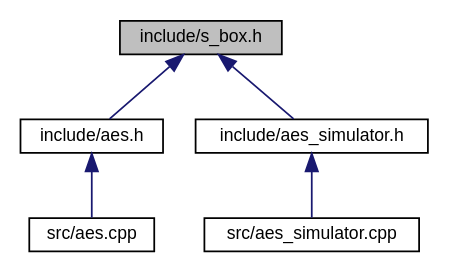
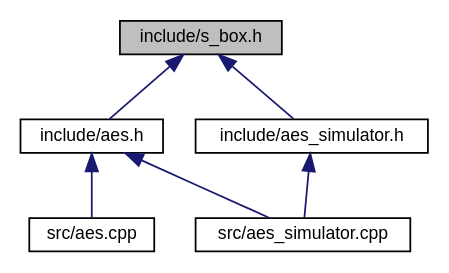
Before and after one commit to Eric-Durr/PRCT06-AES: the diagram in docs/s__box_8h__dep__incl.dot, drawn with Graphviz. The commit also changed 153 other files, not shown here.

```diff
--- a/docs/s__box_8h__dep__incl.dot
+++ b/docs/s__box_8h__dep__incl.dot
@@ -1,14 +1,16 @@
 digraph "include/s_box.h"
 {
+ // LATEX_PDF_SIZE
   edge [fontname="Helvetica",fontsize="10",labelfontname="Helvetica",labelfontsize="10"];
   node [fontname="Helvetica",fontsize="10",shape=record];
-  Node3 [label="include/s_box.h",height=0.2,width=0.4,color="black", fillcolor="grey75", style="filled", fontcolor="black"];
-  Node3 -> Node4 [dir="back",color="midnightblue",fontsize="10",style="solid",fontname="Helvetica"];
-  Node4 [label="include/aes.h",height=0.2,width=0.4,color="black", fillcolor="white", style="filled",URL="$aes_8h.html"];
-  Node4 -> Node5 [dir="back",color="midnightblue",fontsize="10",style="solid",fontname="Helvetica"];
-  Node5 [label="src/aes.cpp",height=0.2,width=0.4,color="black", fillcolor="white", style="filled",URL="$aes_8cpp.html"];
-  Node3 -> Node6 [dir="back",color="midnightblue",fontsize="10",style="solid",fontname="Helvetica"];
-  Node6 [label="include/aes_simulator.h",height=0.2,width=0.4,color="black", fillcolor="white", style="filled",URL="$aes__simulator_8h.html"];
-  Node6 -> Node7 [dir="back",color="midnightblue",fontsize="10",style="solid",fontname="Helvetica"];
-  Node7 [label="src/aes_simulator.cpp",height=0.2,width=0.4,color="black", fillcolor="white", style="filled",URL="$aes__simulator_8cpp.html"];
+  Node1 [label="include/s_box.h",height=0.2,width=0.4,color="black", fillcolor="grey75", style="filled", fontcolor="black",tooltip=" "];
+  Node1 -> Node2 [dir="back",color="midnightblue",fontsize="10",style="solid",fontname="Helvetica"];
+  Node2 [label="include/aes.h",height=0.2,width=0.4,color="black", fillcolor="white", style="filled",URL="$aes_8h.html",tooltip=" "];
+  Node2 -> Node3 [dir="back",color="midnightblue",fontsize="10",style="solid",fontname="Helvetica"];
+  Node3 [label="src/aes.cpp",height=0.2,width=0.4,color="black", fillcolor="white", style="filled",URL="$aes_8cpp.html",tooltip=" "];
+  Node2 -> Node4 [dir="back",color="midnightblue",fontsize="10",style="solid",fontname="Helvetica"];
+  Node4 [label="src/aes_simulator.cpp",height=0.2,width=0.4,color="black", fillcolor="white", style="filled",URL="$aes__simulator_8cpp.html",tooltip=" "];
+  Node1 -> Node5 [dir="back",color="midnightblue",fontsize="10",style="solid",fontname="Helvetica"];
+  Node5 [label="include/aes_simulator.h",height=0.2,width=0.4,color="black", fillcolor="white", style="filled",URL="$aes__simulator_8h.html",tooltip=" "];
+  Node5 -> Node4 [dir="back",color="midnightblue",fontsize="10",style="solid",fontname="Helvetica"];
 }
```
